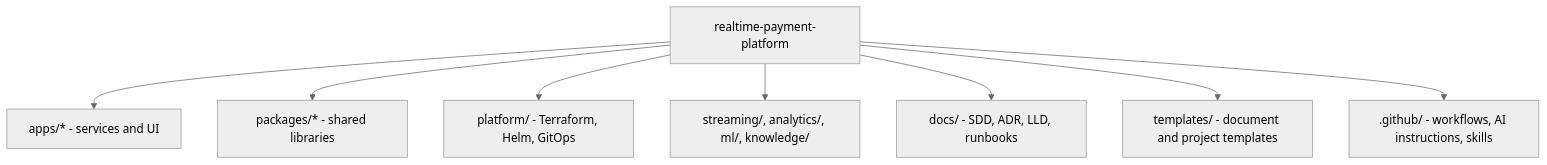
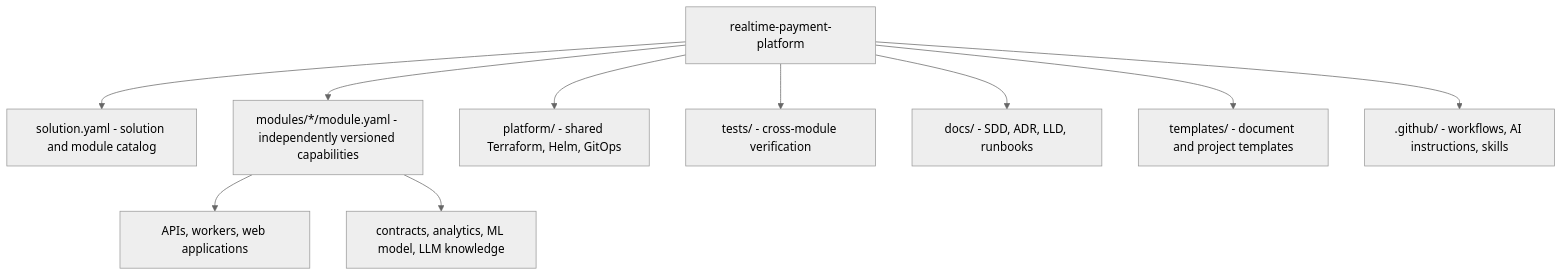
One commit to varunpathania86/realtime-payment-platform changed the first of 2 diagrams in docs/architecture/repository-overview.md. Above: the diagram before and after it, drawn with Mermaid (neutral theme). The commit also changed other lines of this file and 33 other files, not shown here.

Commit message:
feat(releases): define module catalog and release policy

````diff
--- a/docs/architecture/repository-overview.md
+++ b/docs/architecture/repository-overview.md
@@ -7,11 +7,13 @@
 ```mermaid
 flowchart TB
   root[realtime-payment-platform]
-  root --> apps[apps/* - services and UI]
-  root --> packages[packages/* - shared libraries]
-  root --> platform[platform/ - Terraform, Helm, GitOps]
-  root --> streaming[streaming/, analytics/, ml/, knowledge/]
+  root --> catalog[solution.yaml - solution and module catalog]
+  root --> modules[modules/*/module.yaml - independently versioned capabilities]
+  modules --> apps[APIs, workers, web applications]
+  modules --> data[contracts, analytics, ML model, LLM knowledge]
+  root --> platform[platform/ - shared Terraform, Helm, GitOps]
+  root --> tests[tests/ - cross-module verification]
   root --> docs[docs/ - SDD, ADR, LLD, runbooks]
   root --> templates[templates/ - document and project templates]
   root --> github[.github/ - workflows, AI instructions, skills]
 ```
````
